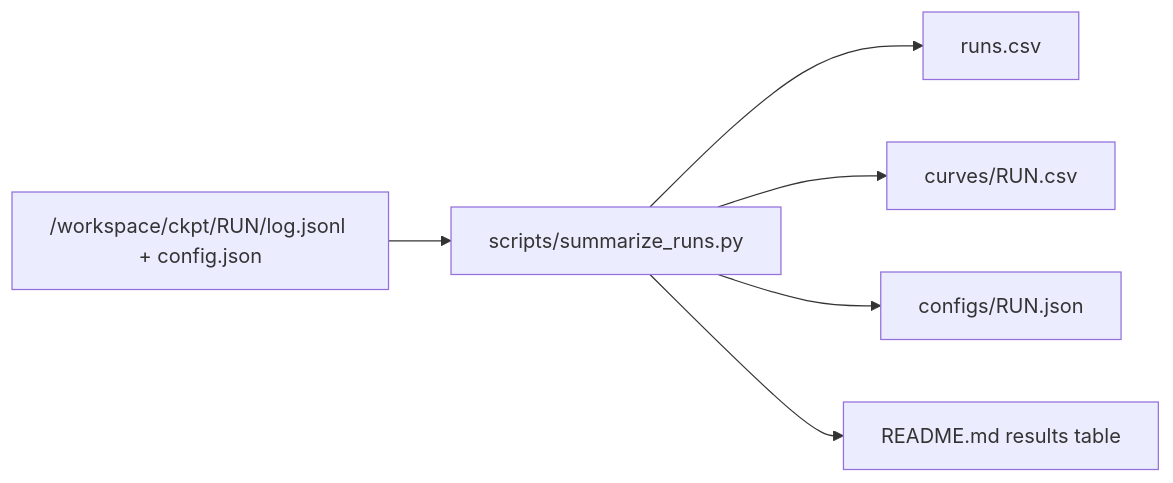
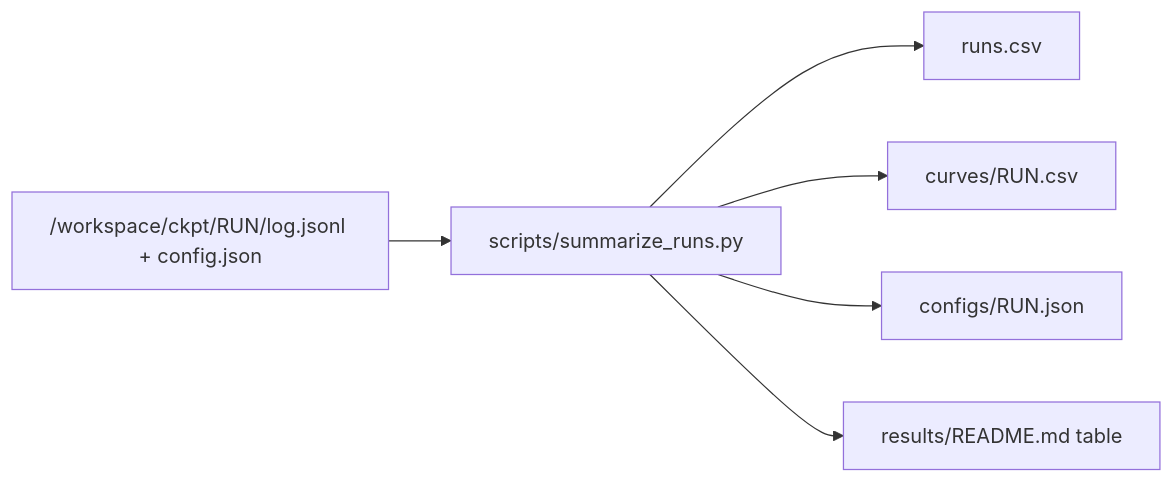
The diagram in results/README.md (AshishSinha5/chess-lm), drawn with Mermaid before and after one commit. The commit also changed other lines of this file and 13 other files, not shown here.

````diff
--- a/results/README.md
+++ b/results/README.md
@@ -6,8 +6,8 @@
 ```mermaid
 flowchart LR
   A["/workspace/ckpt/RUN/log.jsonl + config.json"] --> B[scripts/summarize_runs.py]
   B --> C[runs.csv]
   B --> D["curves/RUN.csv"]
   B --> E["configs/RUN.json"]
-  B --> F["README.md results table"]
+  B --> F["results/README.md table"]
 ```
````
